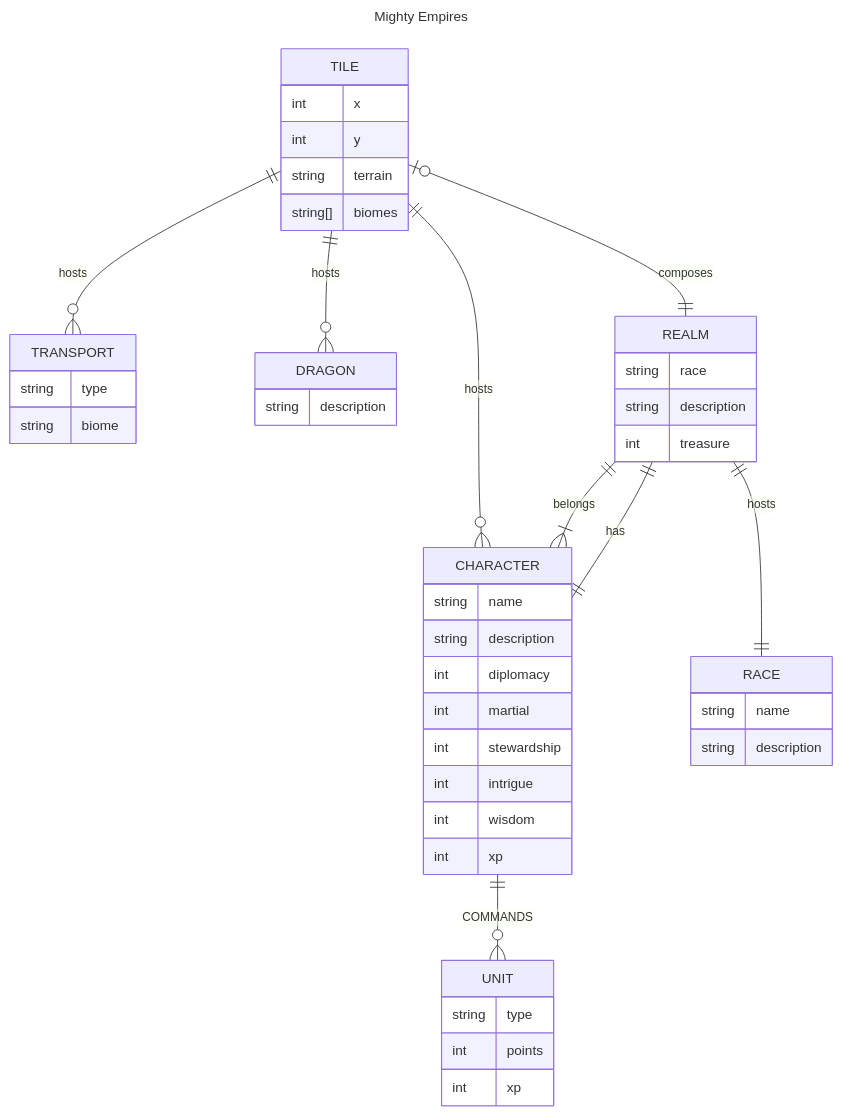
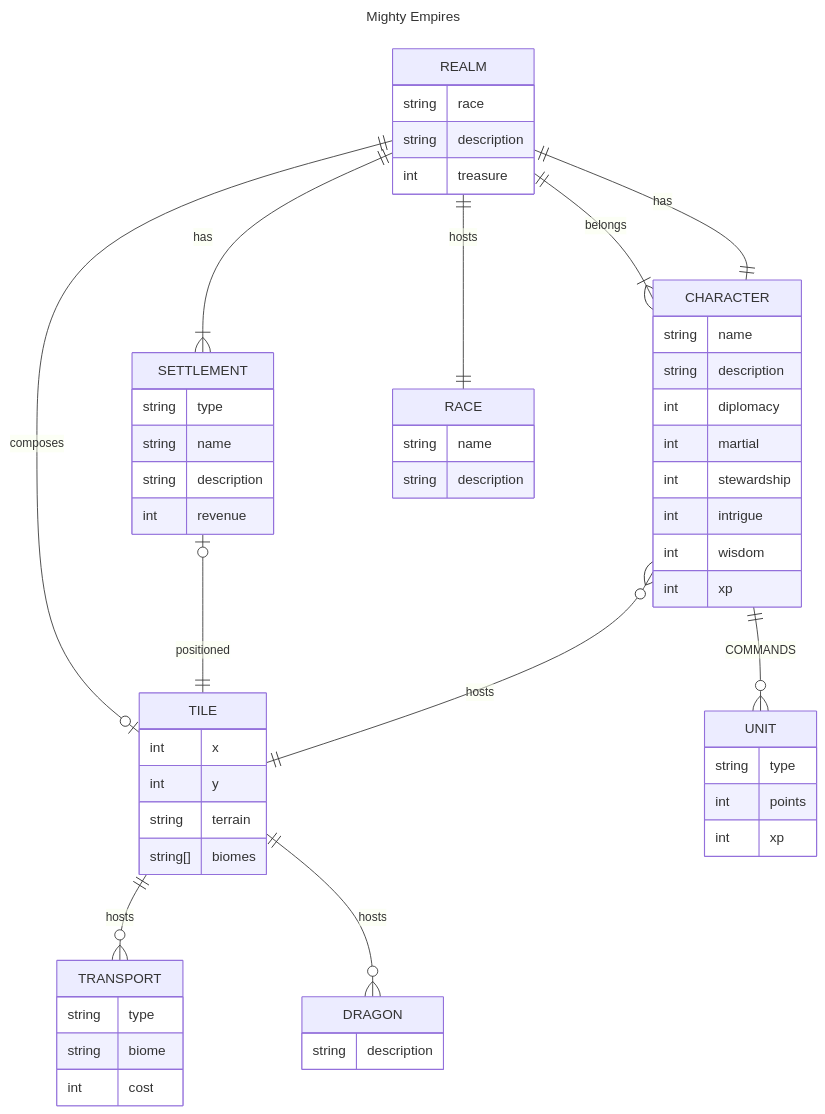
One commit to Chris3444/Mighty-Empires changed the diagram in README.md. Above: the diagram before and after it, drawn with Mermaid. The commit also changed other lines of this file, not shown here.

````diff
--- a/README.md
+++ b/README.md
@@ -7,69 +12,71 @@
 ```mermaid
 ---
 title: Mighty Empires
 ---
 erDiagram
 
+REALM ||--|{ SETTLEMENT : has
 TILE ||--O{ TRANSPORT : hosts 
 TILE ||--o{ DRAGON : hosts
 TILE |O--|| REALM : composes
 TILE {
     int x
     int y
     string terrain
     string[] biomes
 }
 
 CHARACTER }|--|| REALM: belongs
 CHARACTER }O--|| TILE: hosts
 CHARACTER {
     string name
     string description
     int diplomacy
     int martial
     int stewardship
     int intrigue
     int wisdom
     int xp
 }
 
+RACE {
+    string name
+    string description
+}
 
+SETTLEMENT |o--|| TILE: positioned
+SETTLEMENT {   
+    string type
+    string name 
+    string description
+    int revenue
+}
 
 
 REALM ||--|| CHARACTER : has
 REALM ||--|| RACE: hosts
 REALM {
     string race
     string description
     int treasure
 }
 
-
 TRANSPORT{
     string type
     string biome
+    int cost
 }
 
 CHARACTER ||--o{ UNIT: COMMANDS
 
 UNIT {
     string type
     int points
     int xp
 }
 
-
-
 DRAGON {
     string description
 }
 
-RACE {
-    string name
-    string description
-}
-
-
-
-
 ```
````
